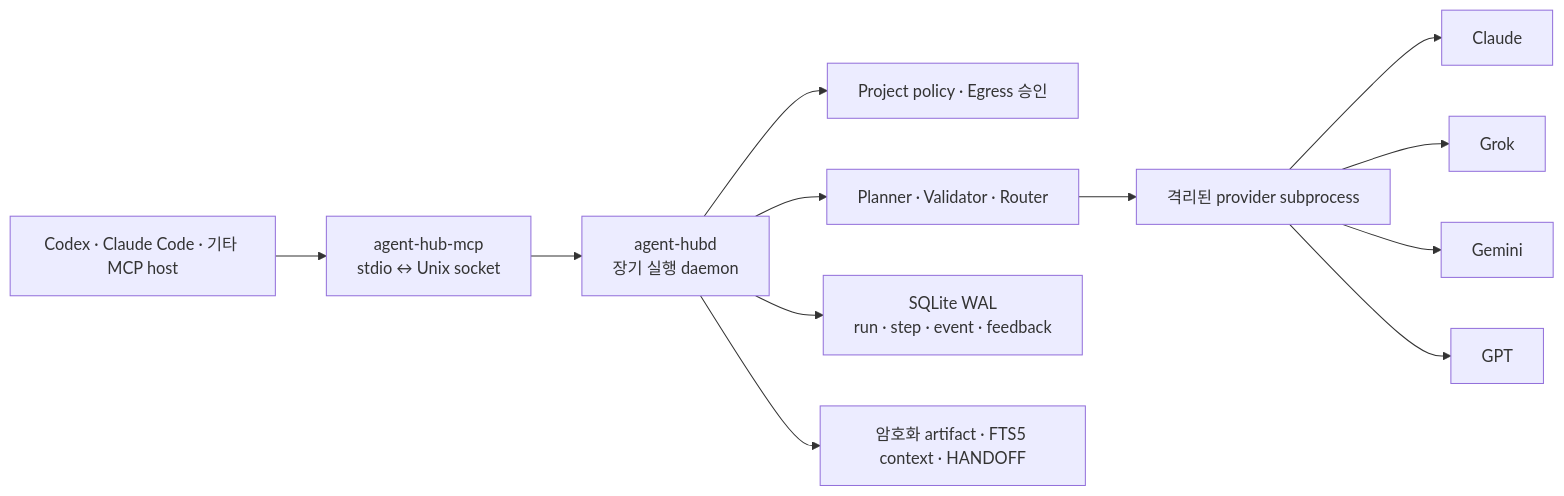
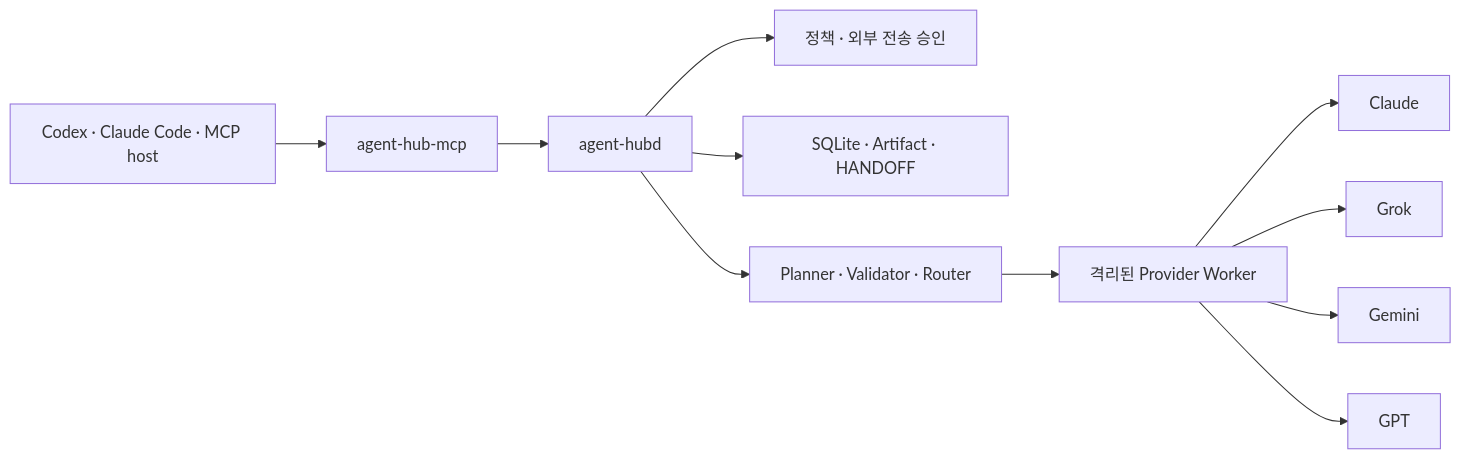
One commit to Meapri/agent-hub changed the diagram in README.md. Above: the diagram before and after it, drawn with Mermaid. The commit also changed other lines of this file and 1 other file, not shown here.

Commit message:
docs: rewrite Agent Hub README

````diff
--- a/README.md
+++ b/README.md
@@ -37,16 +107,15 @@
 ```mermaid
 flowchart LR
-    Host["Codex · Claude Code · 기타 MCP host"] --> Bridge["agent-hub-mcp<br/>stdio ↔ Unix socket"]
-    Bridge --> Daemon["agent-hubd<br/>장기 실행 daemon"]
+    Host["Codex · Claude Code · MCP host"] --> Bridge["agent-hub-mcp"]
+    Bridge --> Daemon["agent-hubd"]
 
-    Daemon --> Policy["Project policy · Egress 승인"]
+    Daemon --> Policy["정책 · 외부 전송 승인"]
+    Daemon --> Store["SQLite · Artifact · HANDOFF"]
     Daemon --> Planner["Planner · Validator · Router"]
-    Daemon --> Store["SQLite WAL<br/>run · step · event · feedback"]
-    Daemon --> Artifacts["암호화 artifact · FTS5 context · HANDOFF"]
 
-    Planner --> Workers["격리된 provider subprocess"]
+    Planner --> Workers["격리된 Provider Worker"]
     Workers --> Claude["Claude"]
     Workers --> Grok["Grok"]
     Workers --> Gemini["Gemini"]
     Workers --> GPT["GPT"]
 ```
````
